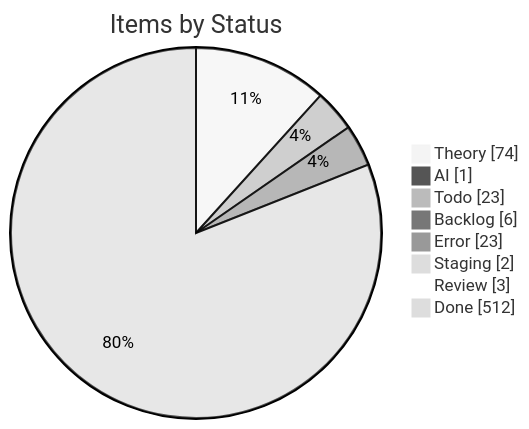
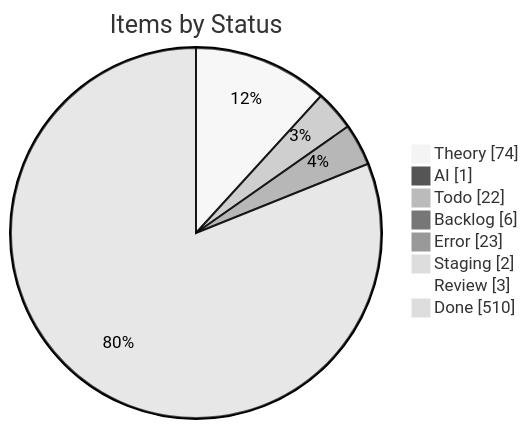
The first of 4 diagrams in apps/kbve/astro-kbve/src/content/docs/dashboard/kanban-data.mdx (KBVE/kbve), drawn with Mermaid (neutral theme) before and after one commit. The commit also changed other lines of this file and 2 other files, not shown here.

````diff
--- a/apps/kbve/astro-kbve/src/content/docs/dashboard/kanban-data.mdx
+++ b/apps/kbve/astro-kbve/src/content/docs/dashboard/kanban-data.mdx
@@ -189,12 +189,12 @@
 ```mermaid
 pie showData
     title Items by Status
     "Theory" : 74
     "AI" : 1
-    "Todo" : 23
+    "Todo" : 22
     "Backlog" : 6
     "Error" : 23
     "Staging" : 2
     "Review" : 3
-    "Done" : 512
+    "Done" : 510
 ```
````
